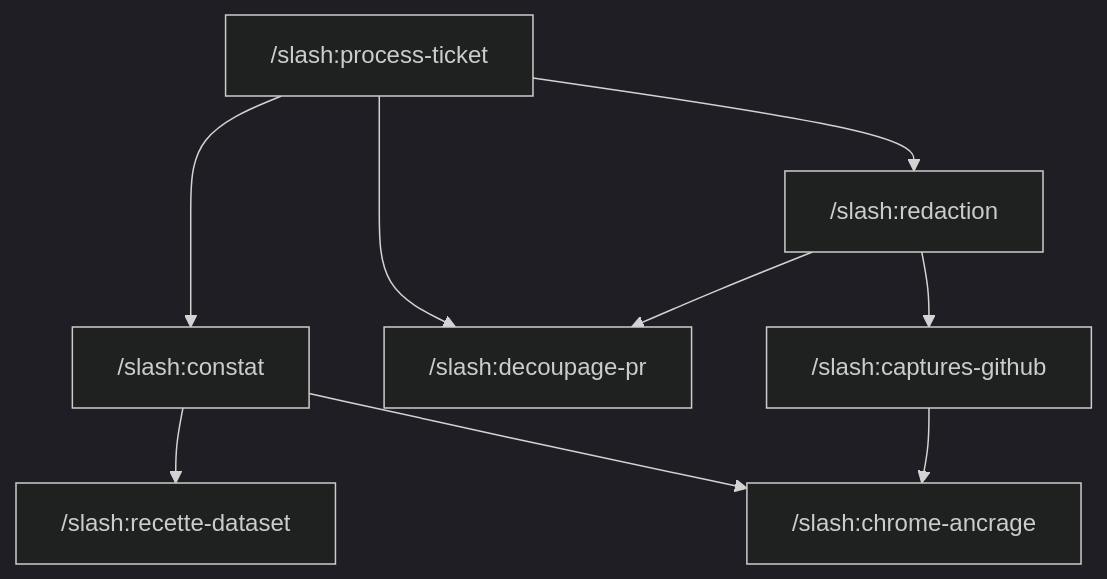
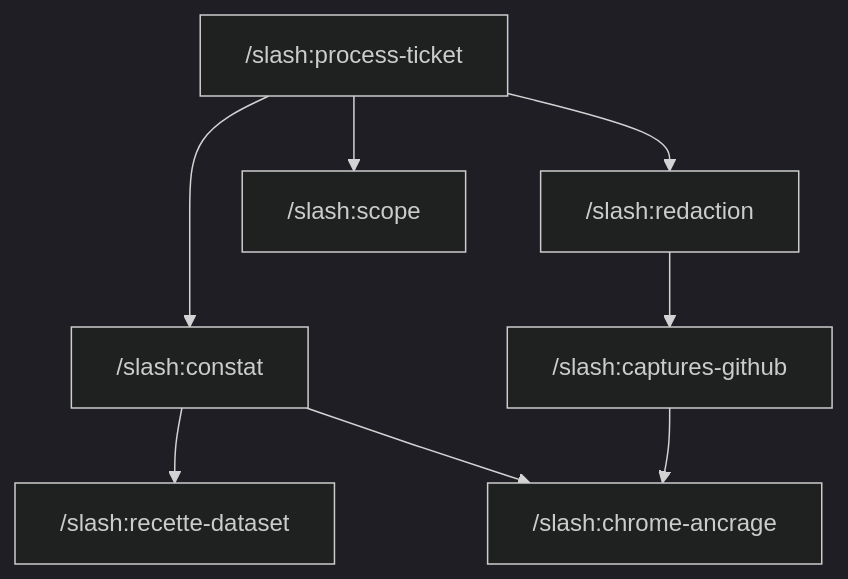
One commit to vinslash/claude-custom changed the second of 2 diagrams in README.md. Above: the diagram before and after it, drawn with Mermaid (dark theme). The commit also changed other lines of this file and 7 other files, not shown here.

````diff
--- a/README.md
+++ b/README.md
@@ -98,19 +98,18 @@
 ```mermaid
 flowchart TD
     pt["/slash:process-ticket"]
     co["/slash:constat"]
     re["/slash:redaction"]
     rd["/slash:recette-dataset"]
-    dp["/slash:decoupage-pr"]
+    sc["/slash:scope"]
     cg["/slash:captures-github"]
     ca["/slash:chrome-ancrage"]
 
     pt --> co
     pt --> re
-    pt --> dp
+    pt --> sc
     co --> rd
     co --> ca
-    re --> dp
     re --> cg
     cg --> ca
 ```
````
